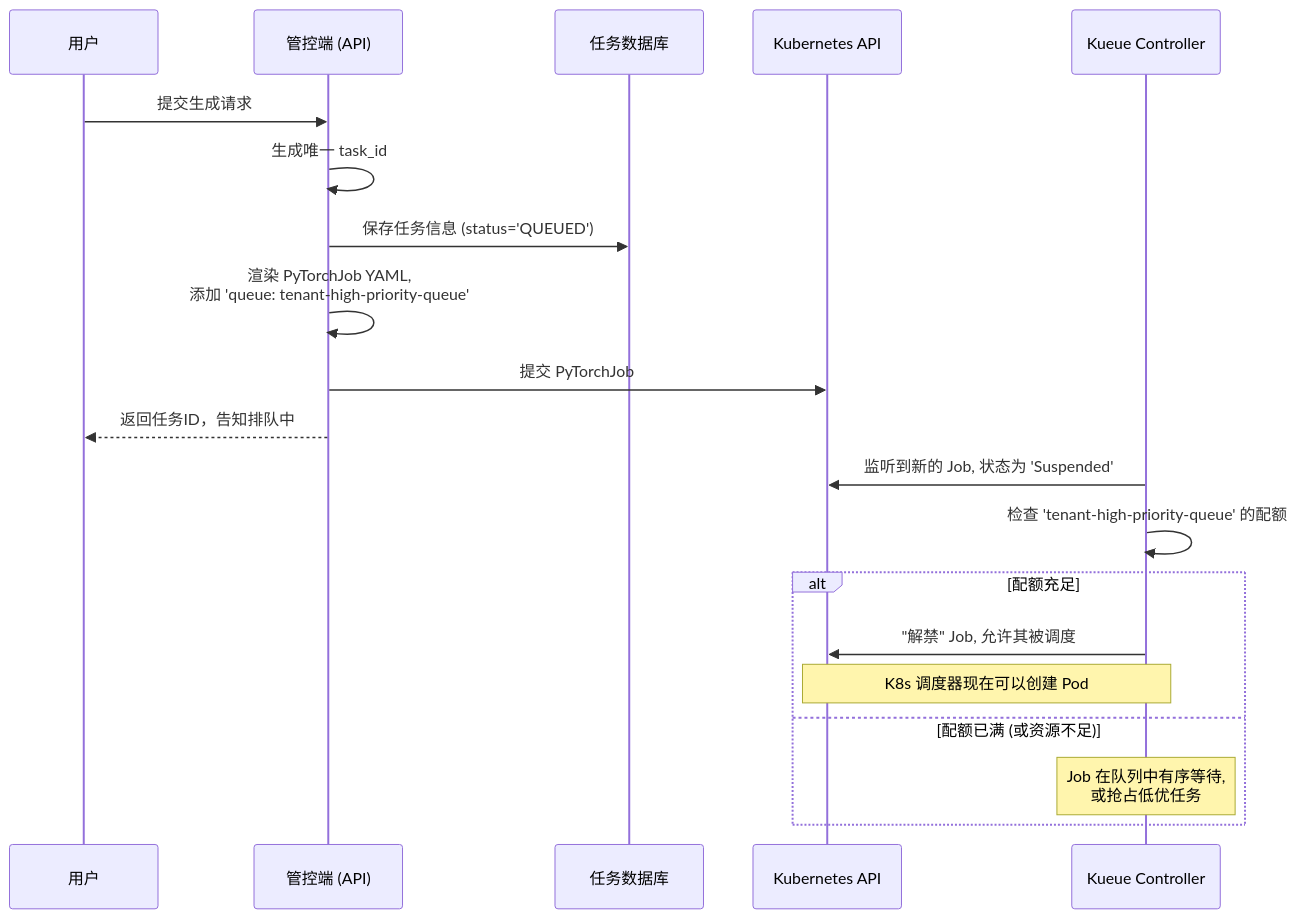
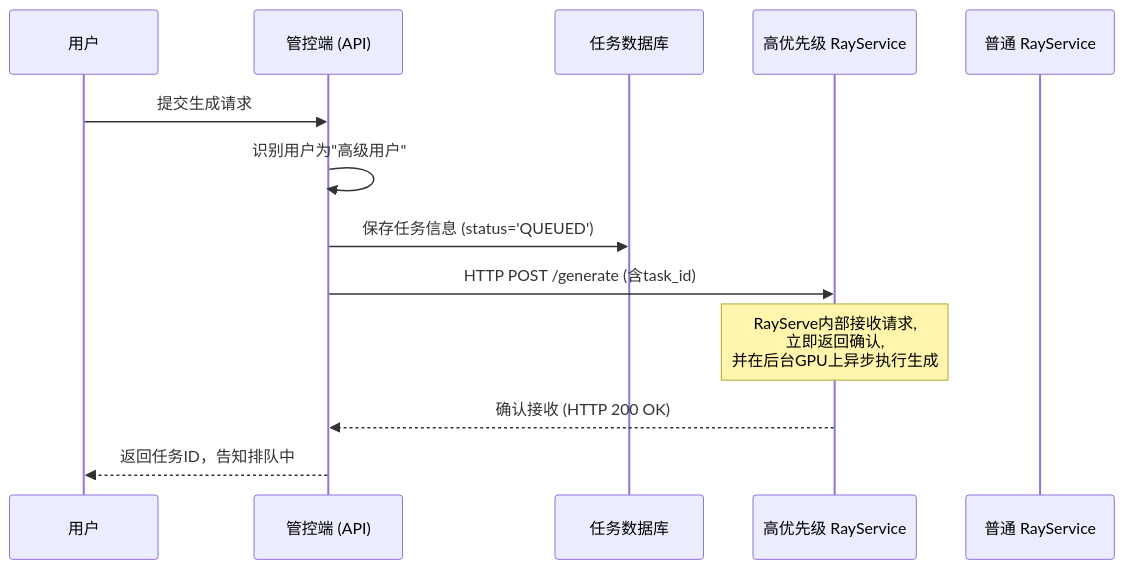
Before and after one commit to xiaolin8/Wan2.2: the first of 2 diagrams in 体验中心—后端架构.md, drawn with Mermaid. The commit also changed other lines of this file, not shown here.

First line of the commit message:
docs(architecture): 更新管控端架构说明

````diff
--- a/体验中心—后端架构.md
+++ b/体验中心—后端架构.md
@@ -609,24 +390,16 @@
 ```mermaid
 sequenceDiagram
     participant User as 用户
     participant Controller as 管控端 (API)
     participant Database as 任务数据库
-    participant K8sAPI as Kubernetes API
-    participant Kueue as Kueue Controller
+    participant PremiumRay as 高优先级 RayService
+    participant DefaultRay as 普通 RayService
 
     User->>Controller: 提交生成请求
-    Controller->>Controller: 生成唯一 task_id
+    Controller->>Controller: 识别用户为"高级用户"
     Controller->>Database: 保存任务信息 (status='QUEUED')
-    Controller->>Controller: 渲染 PyTorchJob YAML, <br/>添加 'queue: tenant-high-priority-queue'
-    Controller->>K8sAPI: 提交 PyTorchJob
+    Controller->>PremiumRay: HTTP POST /generate (含task_id)
+    Note over PremiumRay: RayServe内部接收请求, <br/>立即返回确认, <br/>并在后台GPU上异步执行生成
+    PremiumRay-->>Controller: 确认接收 (HTTP 200 OK)
     Controller-->>User: 返回任务ID，告知排队中
-
-    Kueue->>K8sAPI: 监听到新的 Job, 状态为 'Suspended'
-    Kueue->>Kueue: 检查 'tenant-high-priority-queue' 的配额
-    alt 配额充足
-        Kueue->>K8sAPI: "解禁" Job, 允许其被调度
-        Note over K8sAPI, Kueue: K8s 调度器现在可以创建 Pod
-    else 配额已满 (或资源不足)
-        Note over Kueue: Job 在队列中有序等待, <br/>或抢占低优任务
-    end
 ```
````
